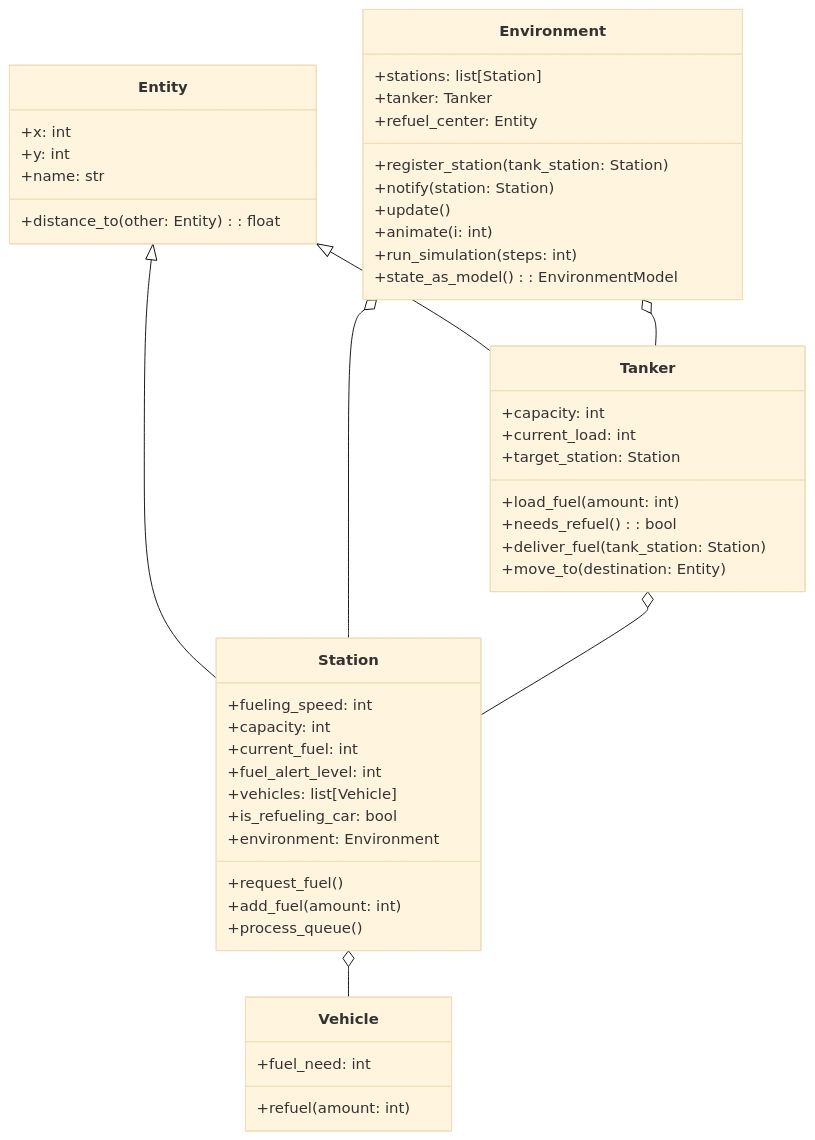
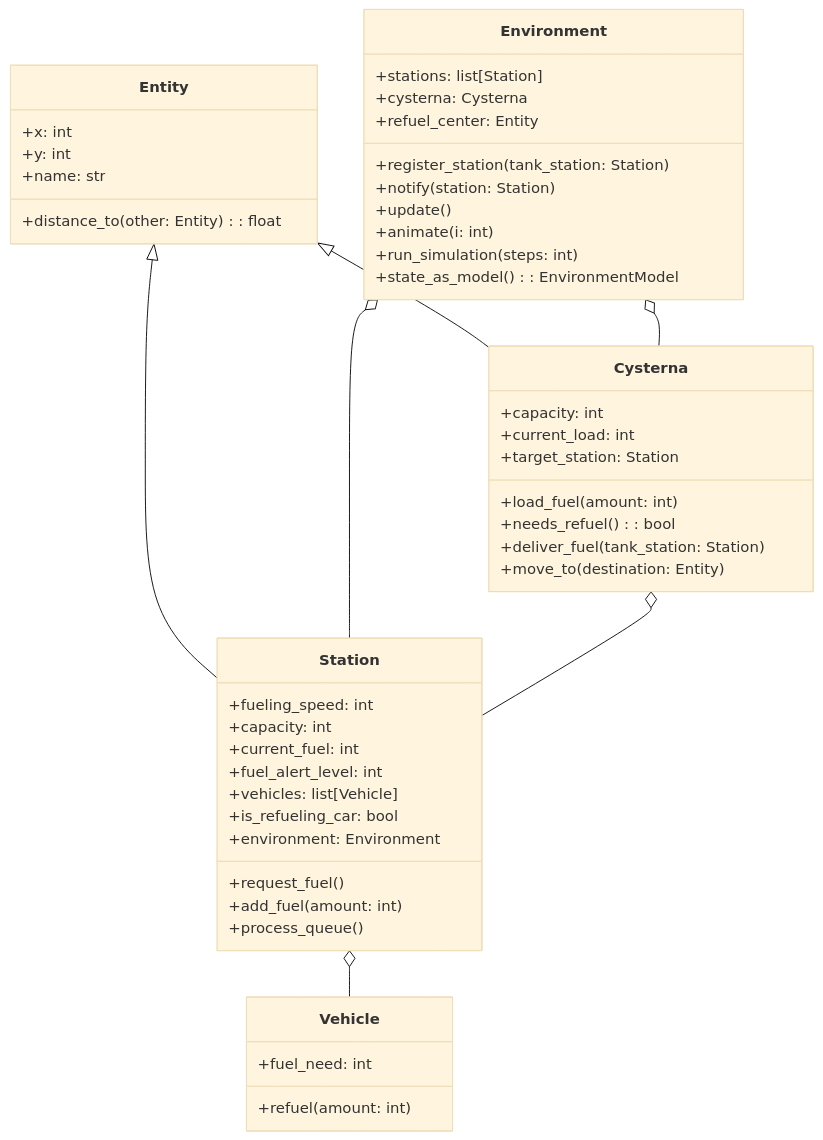
The diagram in readme.md (miskibin/GasStationSimulation), drawn with Mermaid (base theme) before and after one commit. The commit also changed other lines of this file and 3 other files, not shown here.

````diff
--- a/readme.md
+++ b/readme.md
@@ -51,51 +51,51 @@
 ```mermaid
 classDiagram
   class Entity {
     +x: int
     +y: int
     +name: str
     +distance_to(other: Entity): float
   }
   class Station {
     +fueling_speed: int
     +capacity: int
     +current_fuel: int
     +fuel_alert_level: int
     +vehicles: list[Vehicle]
     +is_refueling_car: bool
     +environment: Environment
     +request_fuel()
     +add_fuel(amount: int)
     +process_queue()
   }
   class Vehicle {
     +fuel_need: int
     +refuel(amount: int)
   }
-  class Tanker {
+  class Cysterna {
     +capacity: int
     +current_load: int
     +target_station: Station
     +load_fuel(amount: int)
     +needs_refuel(): bool
     +deliver_fuel(tank_station: Station)
     +move_to(destination: Entity)
   }
   class Environment {
     +stations: list[Station]
-    +tanker: Tanker
+    +cysterna: Cysterna
     +refuel_center: Entity
     +register_station(tank_station: Station)
     +notify(station: Station)
     +update()
     +animate(i: int)
     +run_simulation(steps: int)
     +state_as_model(): EnvironmentModel
   }
   Entity <|-- Station
-  Entity <|-- Tanker
+  Entity <|-- Cysterna
   Environment o-- Station
-  Environment o-- Tanker
+  Environment o-- Cysterna
   Station o-- Vehicle
-  Tanker o-- Station
+  Cysterna o-- Station
 ```
````
